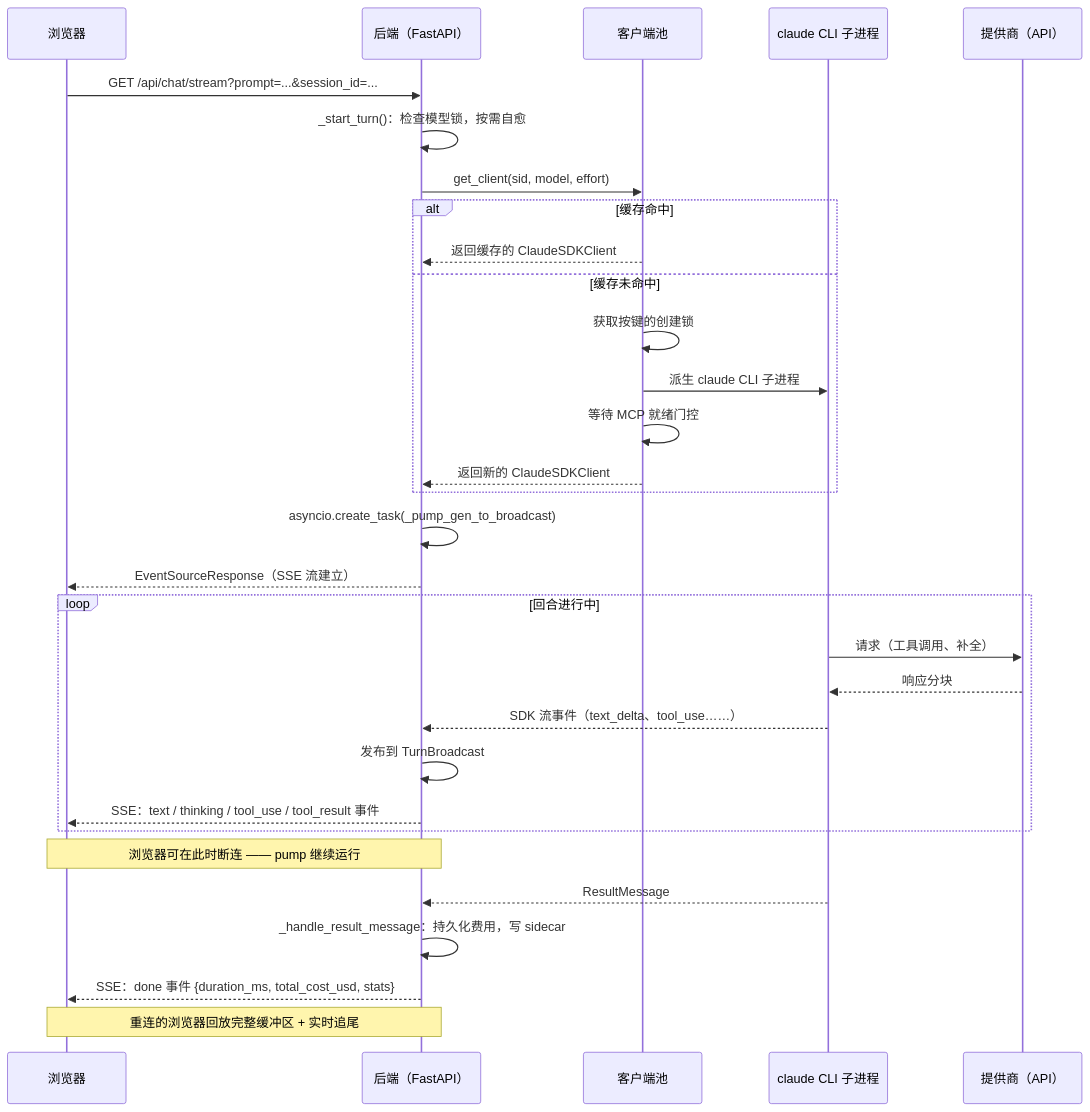
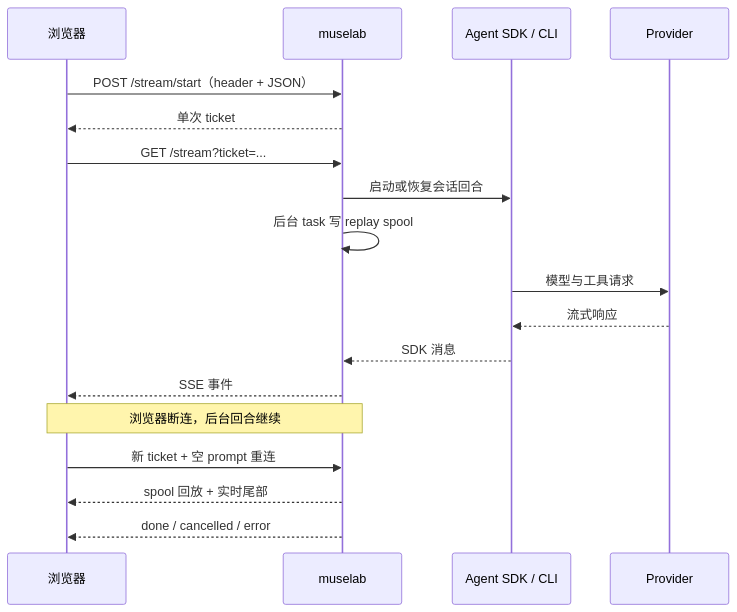
The diagram in docs/routing_zh.md (hesorchen/muselab), drawn with Mermaid before and after one commit. The commit also changed other lines of this file and 78 other files, not shown here.

````diff
--- a/docs/routing_zh.md
+++ b/docs/routing_zh.md
@@ -233,37 +122,21 @@
 ```mermaid
 sequenceDiagram
     participant B as 浏览器
-    participant BE as 后端（FastAPI）
-    participant P as 客户端池
-    participant CLI as claude CLI 子进程
-    participant V as 提供商（API）
+    participant API as muselab
+    participant SDK as Agent SDK / CLI
+    participant V as Provider
 
-    B->>BE: GET /api/chat/stream?prompt=...&session_id=...
-    BE->>BE: _start_turn()：检查模型锁，按需自愈
-    BE->>P: get_client(sid, model, effort)
-    alt 缓存命中
-        P-->>BE: 返回缓存的 ClaudeSDKClient
-    else 缓存未命中
-        P->>P: 获取按键的创建锁
-        P->>CLI: 派生 claude CLI 子进程
-        P->>P: 等待 MCP 就绪门控
-        P-->>BE: 返回新的 ClaudeSDKClient
-    end
-    BE->>BE: asyncio.create_task(_pump_gen_to_broadcast)
-    BE-->>B: EventSourceResponse（SSE 流建立）
-
-    loop 回合进行中
-        CLI->>V: 请求（工具调用、补全）
-        V-->>CLI: 响应分块
-        CLI-->>BE: SDK 流事件（text_delta、tool_use……）
-        BE->>BE: 发布到 TurnBroadcast
-        BE-->>B: SSE：text / thinking / tool_use / tool_result 事件
-    end
-
-    Note over B,BE: 浏览器可在此时断连 —— pump 继续运行
-    CLI-->>BE: ResultMessage
-    BE->>BE: _handle_result_message：持久化费用，写 sidecar
-    BE-->>B: SSE：done 事件 {duration_ms, total_cost_usd, stats}
-
-    Note over B,BE: 重连的浏览器回放完整缓冲区 + 实时追尾
+    B->>API: POST /stream/start（header + JSON）
+    API-->>B: 单次 ticket
+    B->>API: GET /stream?ticket=...
+    API->>SDK: 启动或恢复会话回合
+    API->>API: 后台 task 写 replay spool
+    SDK->>V: 模型与工具请求
+    V-->>SDK: 流式响应
+    SDK-->>API: SDK 消息
+    API-->>B: SSE 事件
+    Note over B,API: 浏览器断连，后台回合继续
+    B->>API: 新 ticket + 空 prompt 重连
+    API-->>B: spool 回放 + 实时尾部
+    API-->>B: done / cancelled / error
 ```
````
